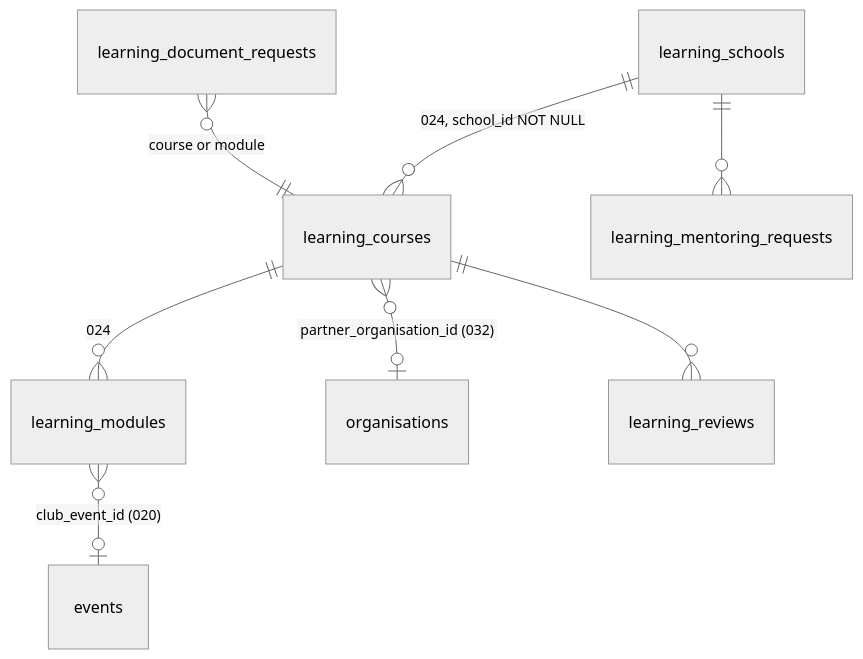
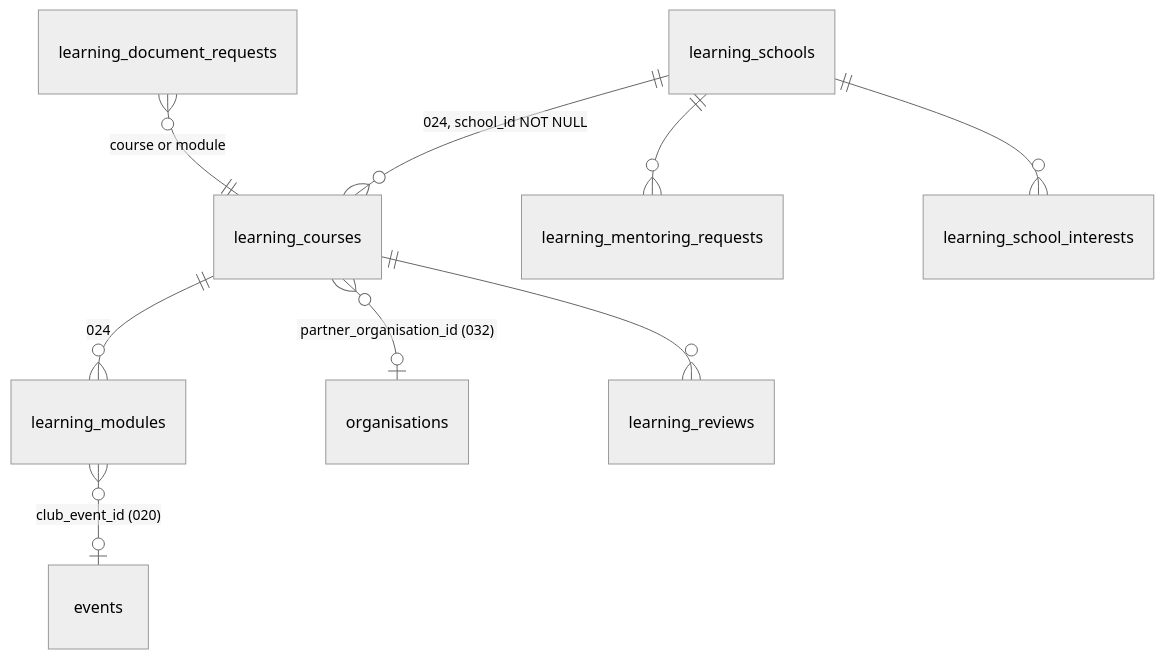
Before and after one commit to doctor-school/ds-platform: the first of 5 diagrams in apps/docs/content/specs/features/023-school-and-course/023-design.md, drawn with Mermaid (neutral theme). The commit also changed other lines of this file and 13 other files, not shown here.

````diff
--- a/apps/docs/content/specs/features/023-school-and-course/023-design.md
+++ b/apps/docs/content/specs/features/023-school-and-course/023-design.md
@@ -29,10 +29,11 @@
 ```mermaid
 erDiagram
   learning_schools ||--o{ learning_courses : "024, school_id NOT NULL"
   learning_courses ||--o{ learning_modules : "024"
   learning_modules }o--o| events : "club_event_id (020)"
   learning_courses }o--o| organisations : "partner_organisation_id (032)"
   learning_courses ||--o{ learning_reviews : ""
   learning_schools ||--o{ learning_mentoring_requests : ""
+  learning_schools ||--o{ learning_school_interests : ""
   learning_document_requests }o--|| learning_courses : "course or module"
 ```
````
